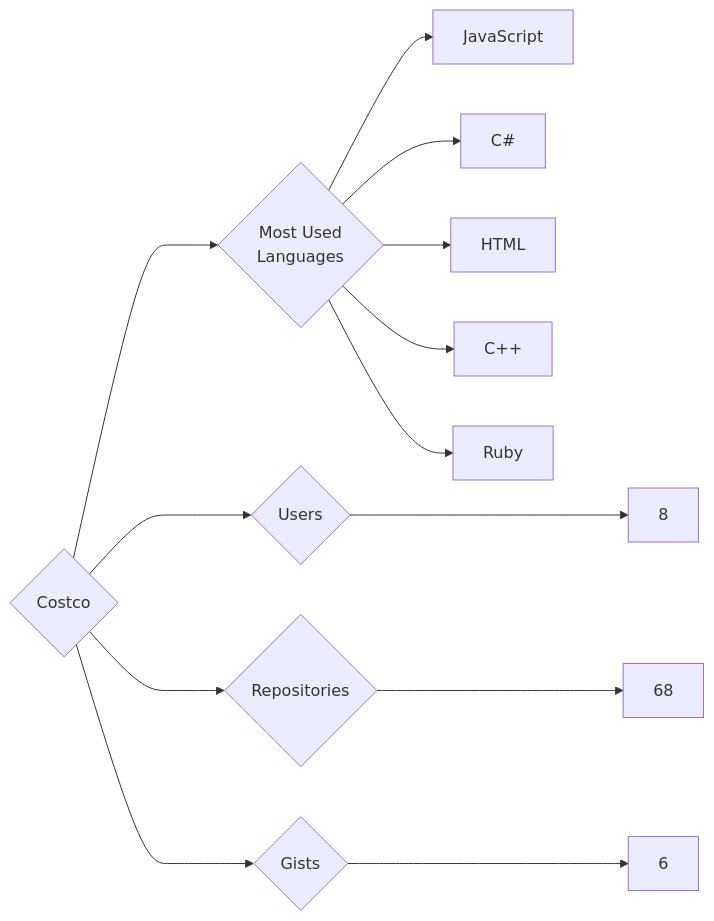
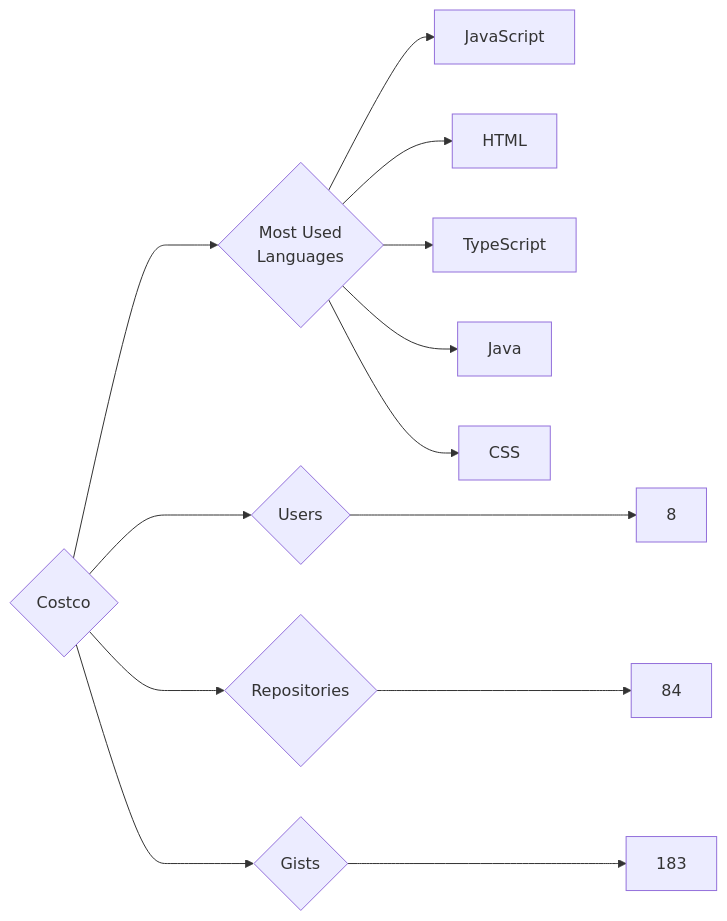
Before and after one commit to trickest/insiders: the diagram in targets/Costco/README.md, drawn with Mermaid. The commit also changed 783 other files, not shown here.

````diff
--- a/targets/Costco/README.md
+++ b/targets/Costco/README.md
@@ -3,13 +3,13 @@
 ```mermaid
 graph LR
 COMPANY_NAME{Costco}
 COMPANY_NAME ---> U{Users} ---> UN[8]
-COMPANY_NAME ---> R{Repositories} ---> RN[68]
-COMPANY_NAME ---> G{Gists} ---> GN[6]
+COMPANY_NAME ---> R{Repositories} ---> RN[84]
+COMPANY_NAME ---> G{Gists} ---> GN[183]
 COMPANY_NAME ---> ML{Most Used<br>Languages}
 ML --> JavaScript[JavaScript]
-ML --> C#[C#]
 ML --> HTML[HTML]
-ML --> C++[C++]
-ML --> Ruby[Ruby]
+ML --> TypeScript[TypeScript]
+ML --> Java[Java]
+ML --> CSS[CSS]
 ```
````
